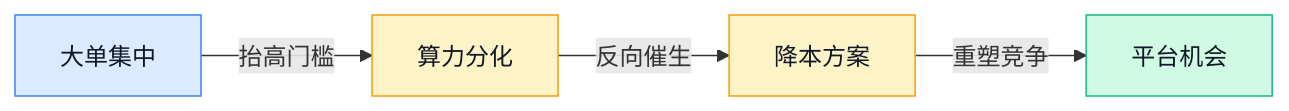
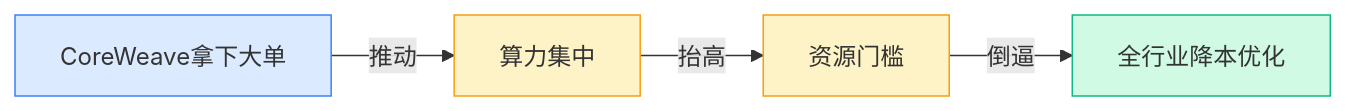
One commit to ylzsdafei/ai-daily-site changed the fifth of 7 diagrams in content/cn/blog/weekly/2026-W16.md. Above: the diagram before and after it, drawn with Mermaid. The commit also changed other lines of this file and 2 other files, not shown here.

Commit message:
feat: 详细图谱折叠展开 + details 样式

````diff
--- a/content/cn/blog/weekly/2026-W16.md
+++ b/content/cn/blog/weekly/2026-W16.md
@@ -66,10 +146,12 @@
 ```mermaid
 graph LR
-    A[大单集中] -->|抬高门槛| B[算力分化] -->|反向催生| C[降本方案] -->|重塑竞争| D[平台机会]
-    classDef blue fill:#dbeafe,stroke:#3b82f6,color:#111827
-    classDef yellow fill:#fef3c7,stroke:#f59e0b,color:#111827
-    classDef green fill:#d1fae5,stroke:#10b981,color:#111827
-    class A blue
-    class B,C yellow
-    class D green
+A[CoreWeave拿下大单] -->|推动| B[算力集中]
+B -->|抬高| C[资源门槛]
+C -->|倒逼| D[全行业降本优化]
+classDef blue fill:#dbeafe,stroke:#3b82f6
+classDef yellow fill:#fef3c7,stroke:#f59e0b
+classDef green fill:#d1fae5,stroke:#10b981
+class A blue
+class B,C yellow
+class D green
 ```
````
